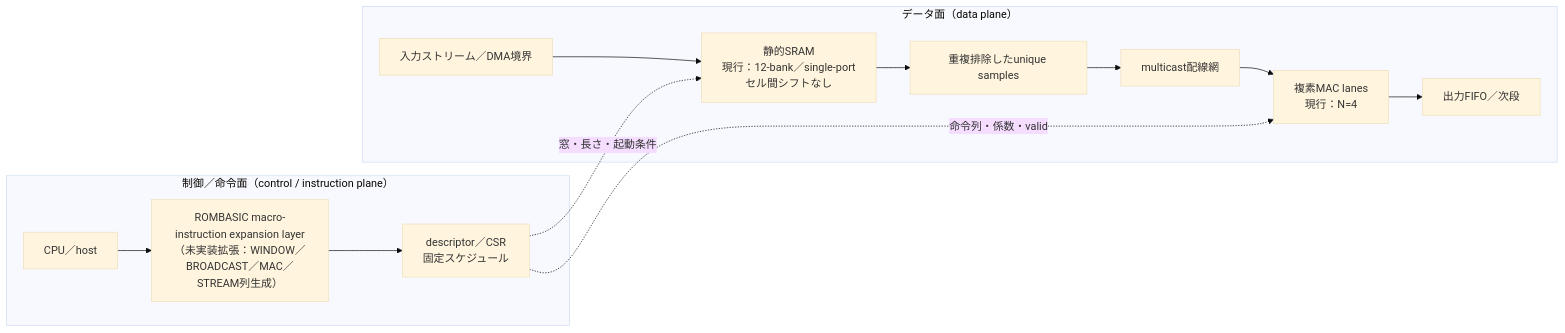
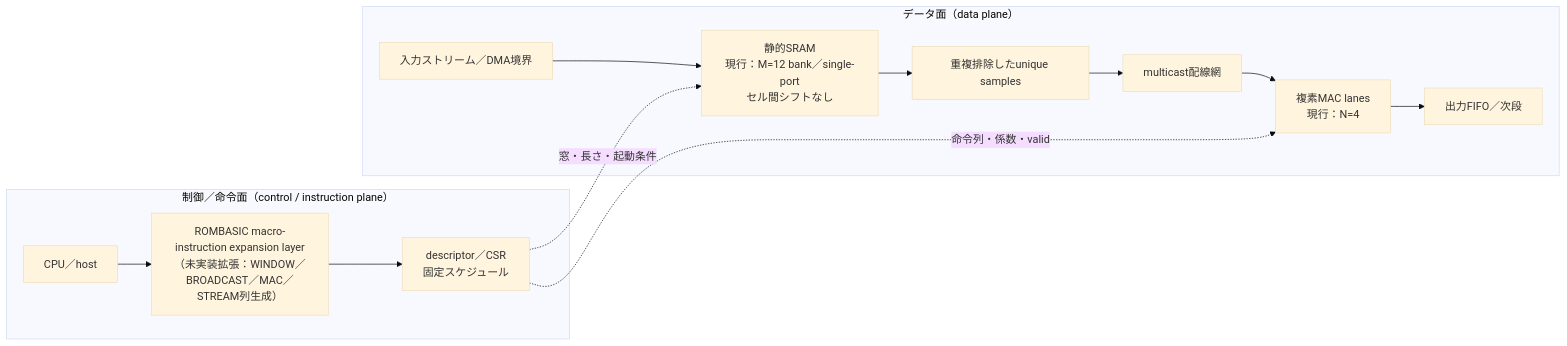
Before and after one commit to HN19781124/banked-stencil-multicast: the first of 8 diagrams in README.md, drawn with Mermaid (base theme). The commit also changed other lines of this file and 36 other files, not shown here.

````diff
--- a/README.md
+++ b/README.md
@@ -29,20 +29,20 @@
 ```mermaid
 flowchart LR
     subgraph CTRL["制御／命令面（control / instruction plane）"]
         CPU["CPU／host"]
         ROM["ROMBASIC macro-instruction expansion layer<br/>（未実装拡張：WINDOW／BROADCAST／MAC／STREAM列生成）"]
         CFG["descriptor／CSR<br/>固定スケジュール"]
         CPU --> ROM --> CFG
     end
 
     subgraph DATA["データ面（data plane）"]
-        IN["入力ストリーム／DMA境界"] --> SRAM["静的SRAM<br/>現行：12-bank／single-port<br/>セル間シフトなし"]
+        IN["入力ストリーム／DMA境界"] --> SRAM["静的SRAM<br/>現行：M=12 bank／single-port<br/>セル間シフトなし"]
         SRAM --> UNIQUE["重複排除したunique samples"]
         UNIQUE --> MCAST["multicast配線網"]
         MCAST --> MAC["複素MAC lanes<br/>現行：N=4"]
         MAC --> OUT["出力FIFO／次段"]
     end
 
     CFG -. "窓・長さ・起動条件" .-> SRAM
     CFG -. "命令列・係数・valid" .-> MAC
 ```
````
